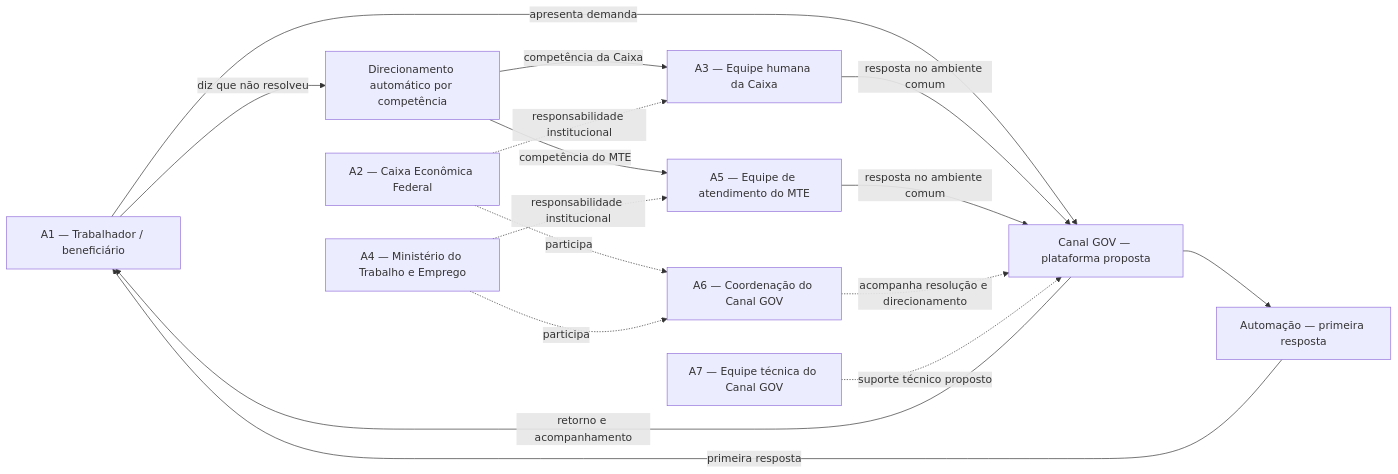
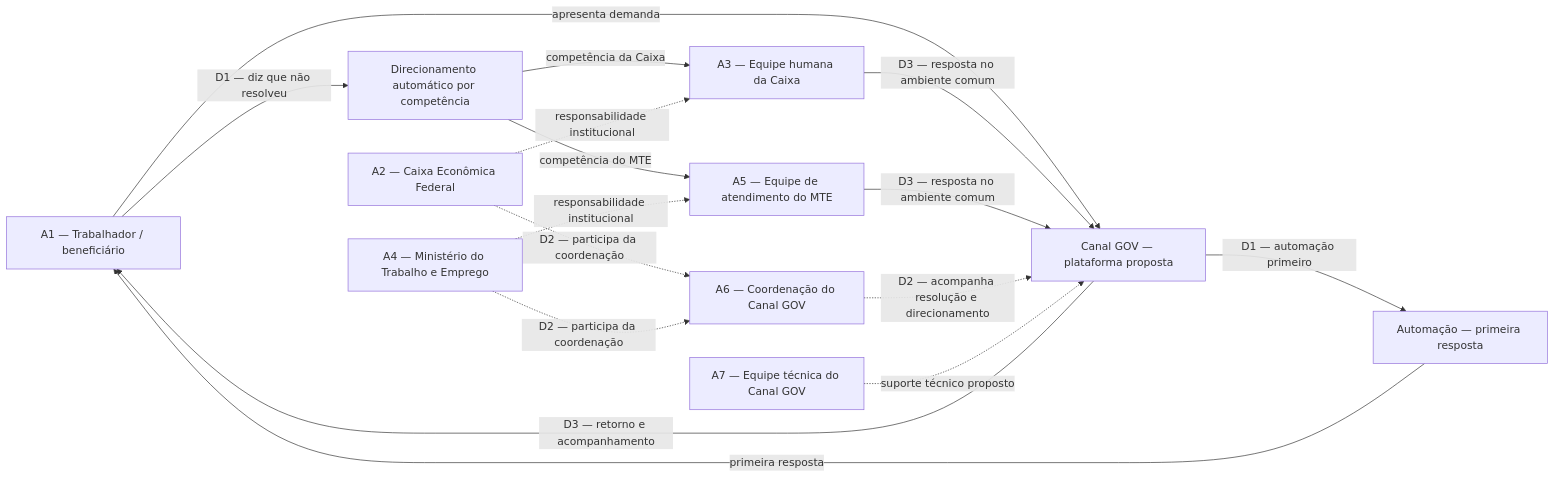
The diagram in C_mapa_atores.md (lon1974-boop/exercicio-2.1-ura-caixa), drawn with Mermaid before and after one commit. The commit also changed other lines of this file, not shown here.

````diff
--- a/C_mapa_atores.md
+++ b/C_mapa_atores.md
@@ -44,28 +56,28 @@
 ```mermaid
 flowchart LR
     U["A1 — Trabalhador / beneficiário"]
     P["Canal GOV — plataforma proposta"]
     AU["Automação — primeira resposta"]
     RT["Direcionamento automático por competência"]
     EC["A3 — Equipe humana da Caixa"]
     EM["A5 — Equipe de atendimento do MTE"]
     CX["A2 — Caixa Econômica Federal"]
     MT["A4 — Ministério do Trabalho e Emprego"]
     CO["A6 — Coordenação do Canal GOV"]
     TE["A7 — Equipe técnica do Canal GOV"]
     U -->|"apresenta demanda"| P
-    P --> AU
+    P -->|"D1 — automação primeiro"| AU
     AU -->|"primeira resposta"| U
-    U -->|"diz que não resolveu"| RT
+    U -->|"D1 — diz que não resolveu"| RT
     RT -->|"competência da Caixa"| EC
     RT -->|"competência do MTE"| EM
-    EC -->|"resposta no ambiente comum"| P
-    EM -->|"resposta no ambiente comum"| P
-    P -->|"retorno e acompanhamento"| U
+    EC -->|"D3 — resposta no ambiente comum"| P
+    EM -->|"D3 — resposta no ambiente comum"| P
+    P -->|"D3 — retorno e acompanhamento"| U
     CX -.->|"responsabilidade institucional"| EC
     MT -.->|"responsabilidade institucional"| EM
-    CX -.->|"participa"| CO
-    MT -.->|"participa"| CO
-    CO -.->|"acompanha resolução e direcionamento"| P
+    CX -.->|"D2 — participa da coordenação"| CO
+    MT -.->|"D2 — participa da coordenação"| CO
+    CO -.->|"D2 — acompanha resolução e direcionamento"| P
     TE -.->|"suporte técnico proposto"| P
 ```
````
